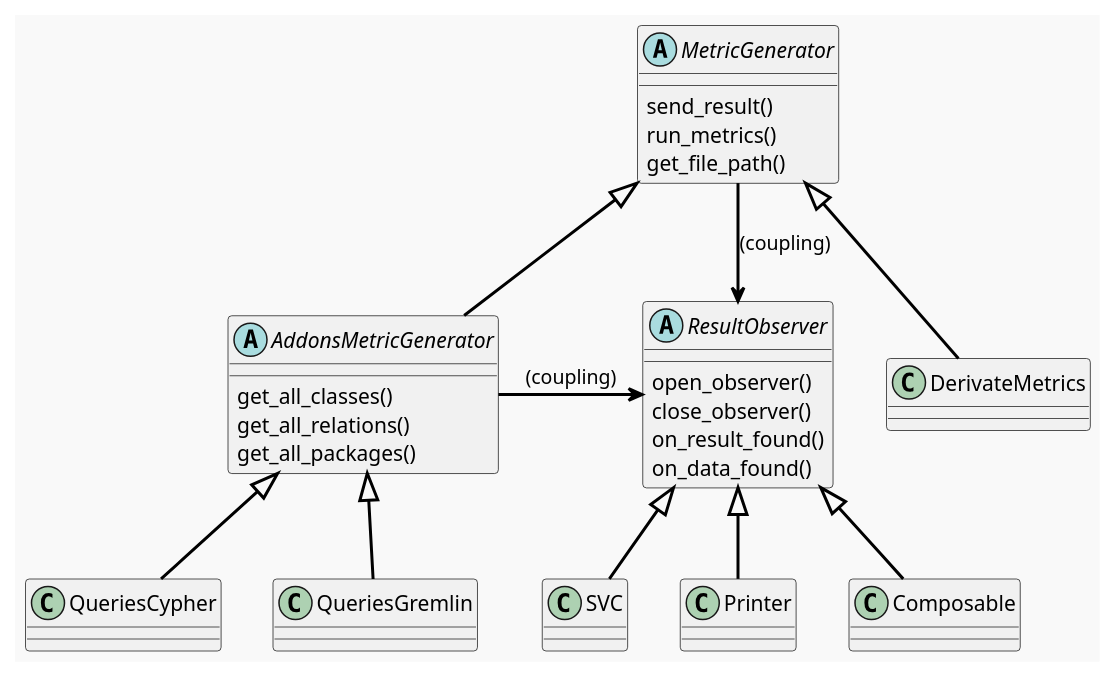
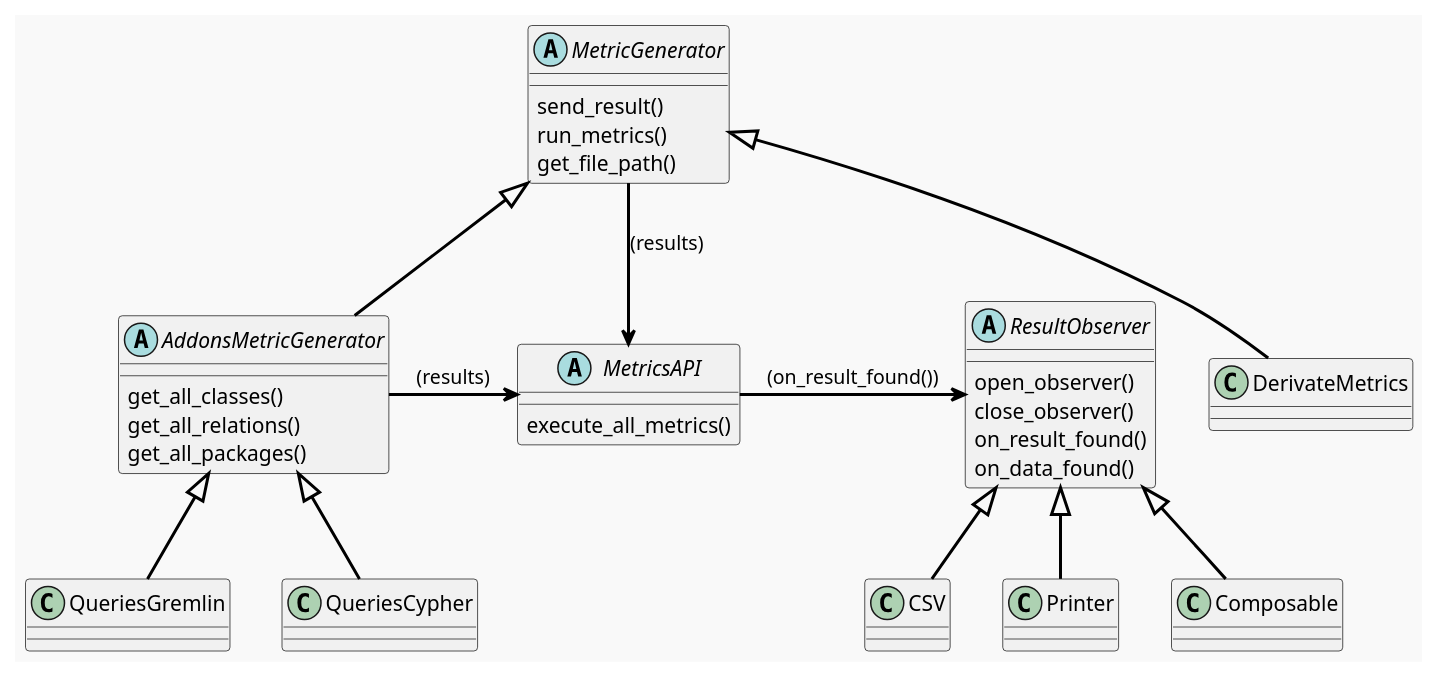
The diagram in Design/metric_generator-result_obs.plantuml (GonzaloGarciaZurlo/CodeDesignDeltaEvaluator), drawn with PlantUML before and after one commit.

Commit message:
actualizacion de diseño

```diff
--- a/Design/metric_generator-result_obs.plantuml
+++ b/Design/metric_generator-result_obs.plantuml
@@ -1,49 +1,54 @@
 @startuml MetricGenerator-resultObserver
 skinparam packageStyle rectangle
 skinparam shadowing false
 skinparam backgroundColor #F9F9F9
 skinparam packageBackgroundColor #DDDDDD
 skinparam packageBorderColor #000000
 skinparam arrowColor #000000
 skinparam arrowThickness 2
+
+abstract class MetricsAPI {
+    execute_all_metrics()
+}
 
 abstract class MetricGenerator {
     send_result()
     run_metrics()
     get_file_path()
 }
 abstract class AddonsMetricGenerator{
     get_all_classes()
     get_all_relations()
     get_all_packages()
 }
 abstract class ResultObserver {
     open_observer()
     close_observer()
     on_result_found()
     on_data_found()
 }
 
+class DerivateMetrics
 class QueriesCypher
 class QueriesGremlin
 
-class DerivateMetrics
-
 class Printer
 class Composable
-class SVC
+class CSV
 
 
 MetricGenerator <|-- DerivateMetrics
 MetricGenerator <|-- AddonsMetricGenerator
 
 AddonsMetricGenerator <|-- QueriesCypher   
 AddonsMetricGenerator <|-- QueriesGremlin
 
 ResultObserver <|-- Printer
 ResultObserver <|-- Composable
-ResultObserver <|-- SVC
+ResultObserver <|-- CSV
 
-MetricGenerator -> ResultObserver : (coupling)
-AddonsMetricGenerator -> ResultObserver : (coupling)
+MetricGenerator -> MetricsAPI : (results)
+AddonsMetricGenerator -> MetricsAPI : (results)
+
+MetricsAPI -> ResultObserver : (on_result_found())
 @enduml
```
